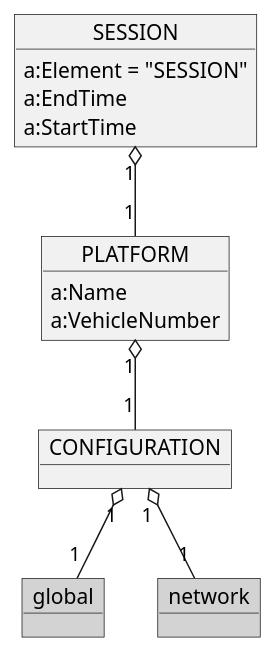
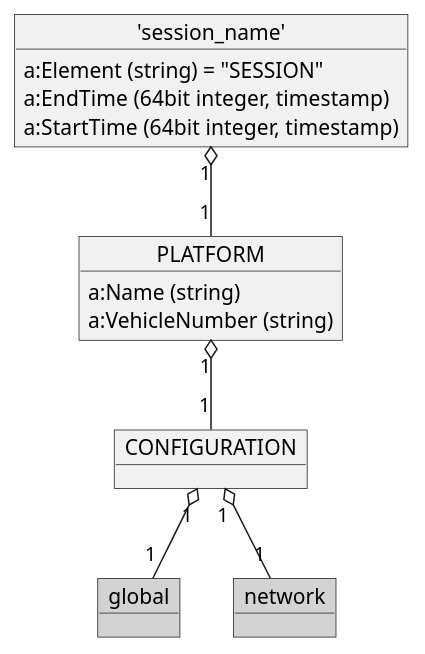
One commit to OpenRailAssociation/rcm-dx changed the fifth of 9 diagrams in images.puml. Above: the diagram before and after it, drawn with PlantUML. The commit also changed other lines of this file and 8 other files, not shown here.

```diff
--- a/images.puml
+++ b/images.puml
@@ -264,23 +269,24 @@
 @startuml RCM_DX_Platform_overview
 
-  object SESSION {
-    a:Element = "SESSION"
-    a:EndTime
-    a:StartTime
+  object "'session_name'" as session_name {
+    a:Element (string) = "SESSION"
+    a:EndTime (64bit integer, timestamp)
+    a:StartTime (64bit integer, timestamp)
   }
 
+
   object PLATFORM {
-    a:Name
-    a:VehicleNumber
+    a:Name (string)
+    a:VehicleNumber (string)
   }
 
   object CONFIGURATION
   object global #LightGray
   object network #LightGray
 
-  SESSION "1" o-- "1" PLATFORM
+  session_name "1" o-- "1" PLATFORM
   PLATFORM "1" o-- "1" CONFIGURATION
   CONFIGURATION "1" o-- "1" global
   CONFIGURATION "1" o-- "1" network
 
 @enduml
```
